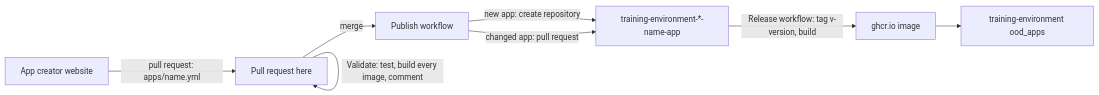
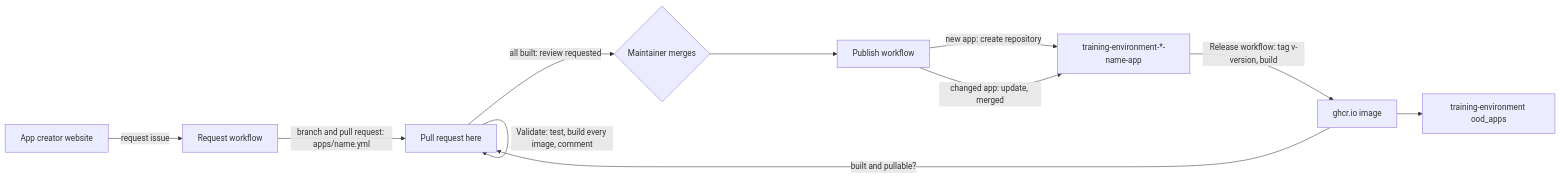
Before and after one commit to reannz-training-environment/training-environment-app-creator: the diagram in README.md, drawn with Mermaid. The commit also changed other lines of this file and 17 other files, not shown here.

First line of the commit message:
One button to request an app, one merge to approve it (#6)

````diff
--- a/README.md
+++ b/README.md
@@ -25,10 +28,13 @@
 ```mermaid
 flowchart LR
-    W[App creator website] -->|pull request: apps/name.yml| PR[Pull request here]
+    W[App creator website] -->|request issue| Q[Request workflow]
+    Q -->|branch and pull request: apps/name.yml| PR[Pull request here]
     PR -->|Validate: test, build every image, comment| PR
-    PR -->|merge| P[Publish workflow]
+    PR -->|all built: review requested| M{Maintainer merges}
+    M --> P[Publish workflow]
     P -->|new app: create repository| R[training-environment-*-name-app]
-    P -->|changed app: pull request| R
+    P -->|changed app: update, merged| R
     R -->|Release workflow: tag v-version, build| I[ghcr.io image]
+    I -->|built and pullable?| PR
     I --> TE[training-environment ood_apps]
 ```
````
